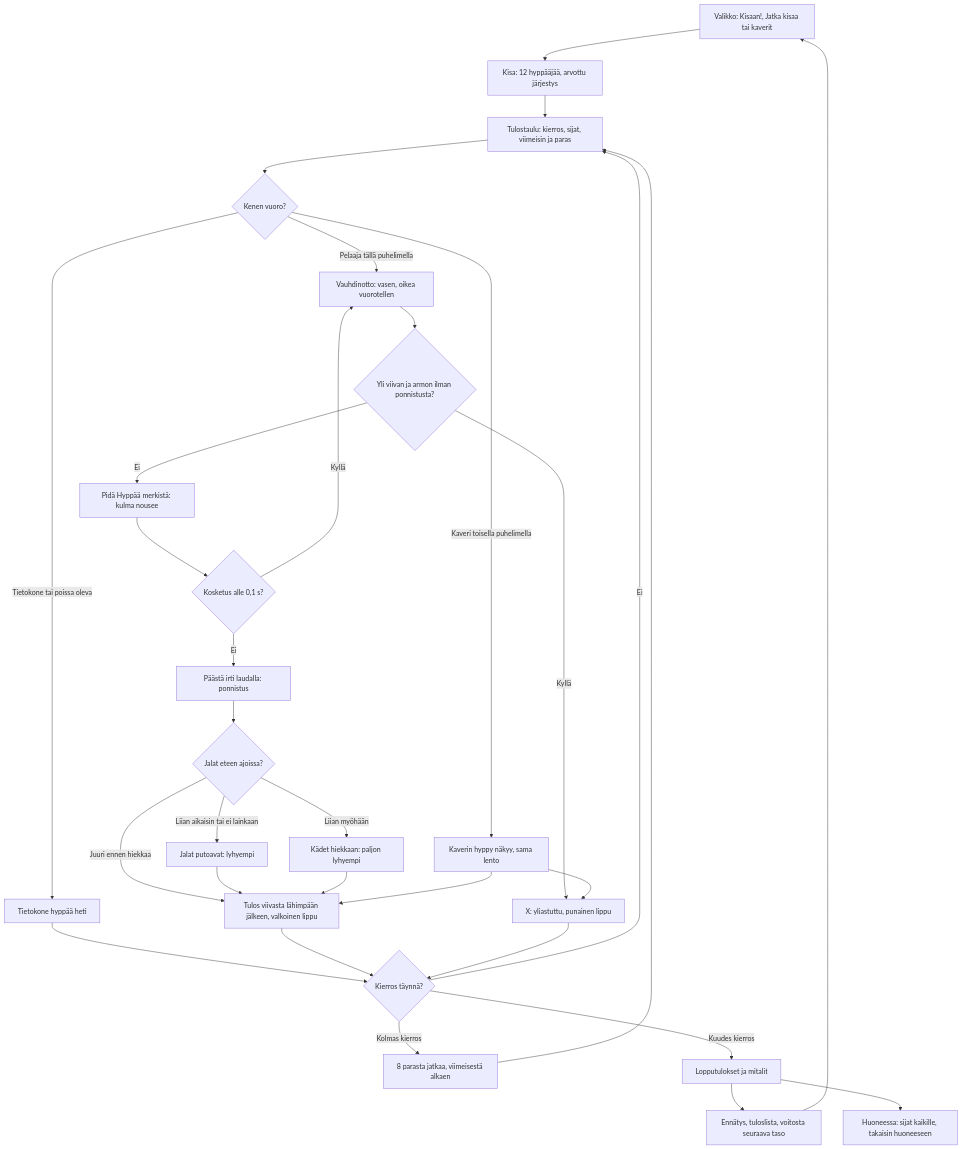
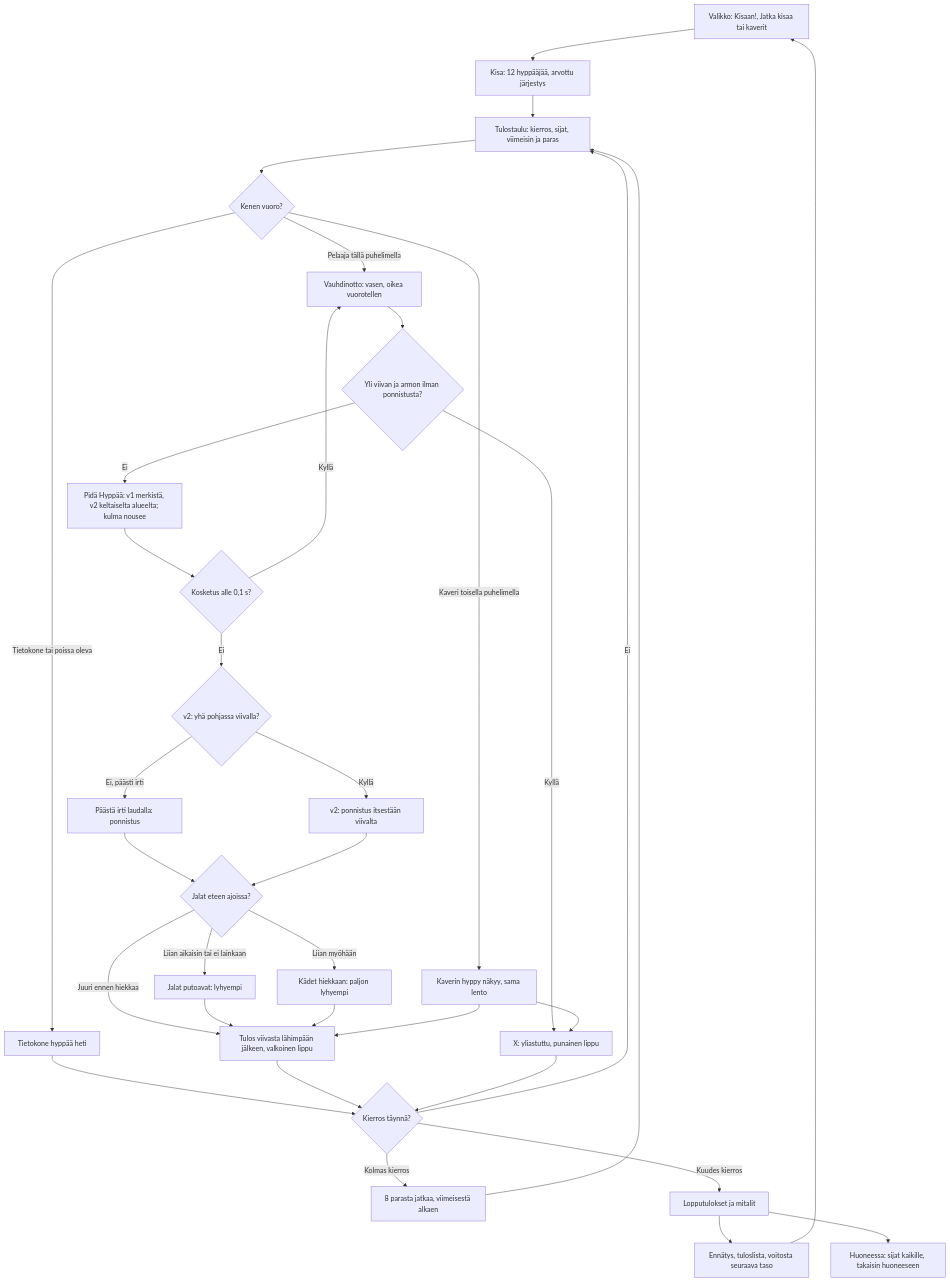
The diagram in docs/diagrams/pituushyppy.md (eerovil/ai-pelit), drawn with Mermaid before and after one commit. The commit also changed other lines of this file, not shown here.

Commit message:
Diagram: Pituushyppy v2's yellow zone and take-off at the line in the flow (#165 review)

````diff
--- a/docs/diagrams/pituushyppy.md
+++ b/docs/diagrams/pituushyppy.md
@@ -11,39 +11,42 @@
 ```mermaid
 flowchart TD
   M[Valikko: Kisaan!, Jatka kisaa tai kaverit] --> K[Kisa: 12 hyppääjää, arvottu järjestys]
   K --> T[Tulostaulu: kierros, sijat, viimeisin ja paras]
   T --> Q{Kenen vuoro?}
   Q -- Tietokone tai poissa oleva --> CPU[Tietokone hyppää heti]
   CPU --> NX
   Q -- Pelaaja tällä puhelimella --> R[Vauhdinotto: vasen, oikea vuorotellen]
   Q -- Kaveri toisella puhelimella --> WT[Kaverin hyppy näkyy, sama lento]
   R --> LN{Yli viivan ja armon ilman ponnistusta?}
   LN -- Kyllä --> X[X: yliastuttu, punainen lippu]
-  LN -- Ei --> A[Pidä Hyppää merkistä: kulma nousee]
+  LN -- Ei --> A[Pidä Hyppää: v1 merkistä, v2 keltaiselta alueelta; kulma nousee]
   A --> RL{Kosketus alle 0,1 s?}
   RL -- Kyllä --> R
-  RL -- Ei --> F[Päästä irti laudalla: ponnistus]
+  RL -- Ei --> AU{v2: yhä pohjassa viivalla?}
+  AU -- Ei, päästi irti --> F[Päästä irti laudalla: ponnistus]
+  AU -- Kyllä --> AUTO[v2: ponnistus itsestään viivalta]
   F --> L{Jalat eteen ajoissa?}
+  AUTO --> L
   L -- Liian aikaisin tai ei lainkaan --> DR[Jalat putoavat: lyhyempi]
   L -- Juuri ennen hiekkaa --> D
   L -- Liian myöhään --> HB[Kädet hiekkaan: paljon lyhyempi]
   DR --> D[Tulos viivasta lähimpään jälkeen, valkoinen lippu]
   HB --> D
   WT --> D
   WT --> X
   D --> NX{Kierros täynnä?}
   X --> NX
   NX -- Ei --> T
   NX -- Kolmas kierros --> CUT[8 parasta jatkaa, viimeisestä alkaen]
   NX -- Kuudes kierros --> END[Lopputulokset ja mitalit]
   CUT --> T
   END --> S[Ennätys, tuloslista, voitosta seuraava taso]
   S --> M
   END --> RM[Huoneessa: sijat kaikille, takaisin huoneeseen]
   class M,R,A,F,T blue
   class CPU,WT violet
-  class Q,LN,RL,L,NX amber
-  class K,D,DR,HB,CUT teal
+  class Q,LN,RL,AU,L,NX amber
+  class K,D,DR,HB,CUT,AUTO teal
   class X rose
   class END,S,RM green
 ```
````
